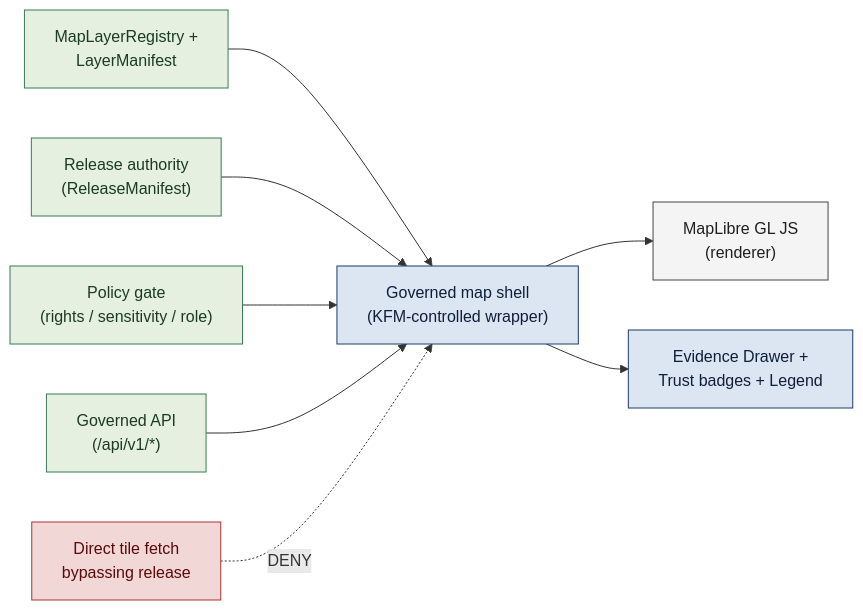
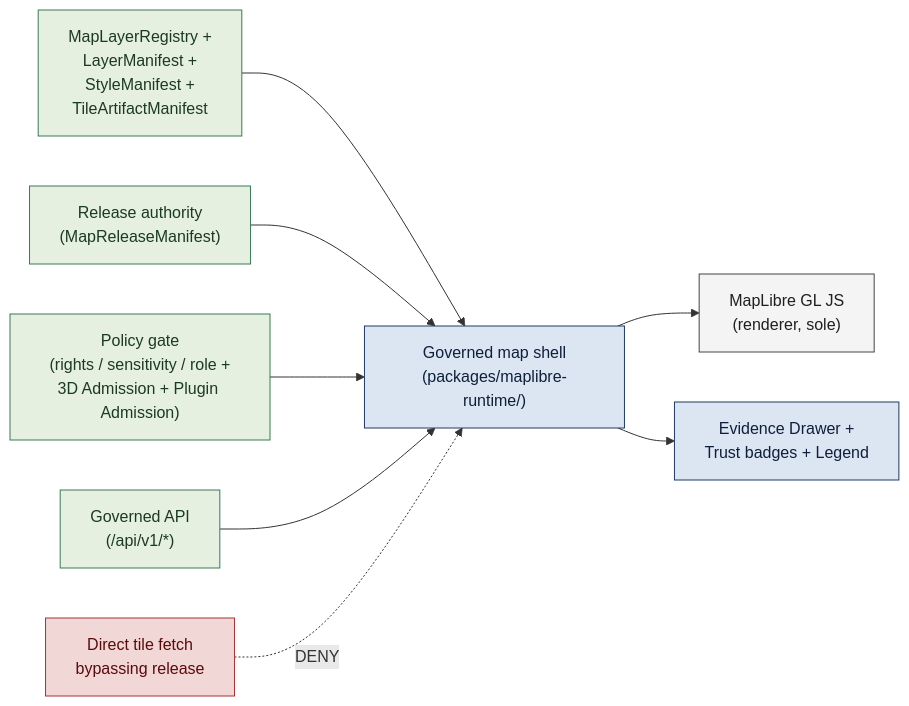
The second of 4 diagrams in docs/doctrine/map-first.md (bartytime4life/Kansas-Frontier-Matrix), drawn with Mermaid before and after one commit. The commit also changed other lines of this file, not shown here.

````diff
--- a/docs/doctrine/map-first.md
+++ b/docs/doctrine/map-first.md
@@ -147,27 +184,27 @@
 ```mermaid
 flowchart LR
     classDef shell fill:#DCE6F2,stroke:#1F3A66,color:#0E1F3A;
     classDef render fill:#F4F4F4,stroke:#444,color:#1F1F1F;
     classDef gov fill:#E5F0E0,stroke:#3B7A57,color:#1B3A24;
     classDef bad fill:#F2D7D7,stroke:#A33,color:#5A0A0A;
 
-    REG["MapLayerRegistry +<br/>LayerManifest"]:::gov
-    REL["Release authority<br/>(ReleaseManifest)"]:::gov
-    POL["Policy gate<br/>(rights / sensitivity / role)"]:::gov
+    REG["MapLayerRegistry +<br/>LayerManifest +<br/>StyleManifest +<br/>TileArtifactManifest"]:::gov
+    REL["Release authority<br/>(MapReleaseManifest)"]:::gov
+    POL["Policy gate<br/>(rights / sensitivity / role +<br/>3D Admission + Plugin Admission)"]:::gov
     API["Governed API<br/>(/api/v1/*)"]:::gov
 
-    SHELL["Governed map shell<br/>(KFM-controlled wrapper)"]:::shell
-    MLG["MapLibre GL JS<br/>(renderer)"]:::render
+    SHELL["Governed map shell<br/>(packages/maplibre-runtime/)"]:::shell
+    MLG["MapLibre GL JS<br/>(renderer, sole)"]:::render
     UI["Evidence Drawer +<br/>Trust badges + Legend"]:::shell
 
     BAD["Direct tile fetch<br/>bypassing release"]:::bad
 
     REG --> SHELL
     REL --> SHELL
     POL --> SHELL
     SHELL --> MLG
     SHELL --> UI
     API --> SHELL
 
     BAD -. DENY .-> SHELL
 ```
````
